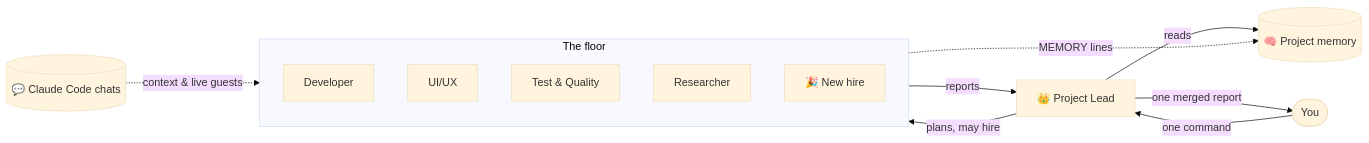
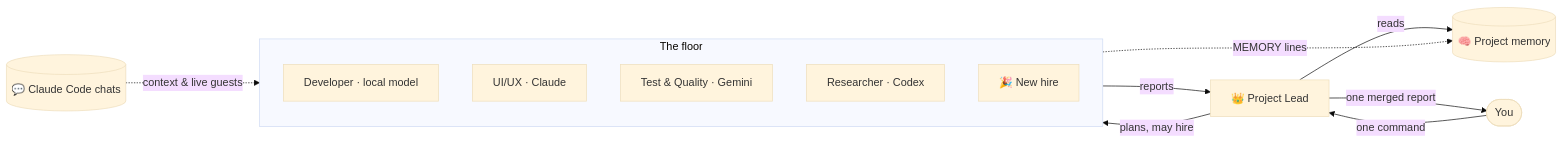
The diagram in README.md (RealMrNovember/Atrium), drawn with Mermaid (base theme) before and after one commit. The commit also changed other lines of this file and 23 other files, not shown here.

````diff
--- a/README.md
+++ b/README.md
@@ -65,17 +107,17 @@
 ```mermaid
 flowchart LR
     You([You]) -- one command --> Lead[👑 Project Lead]
     Lead -- reads --> Mem[(🧠 Project memory)]
     Lead -- plans, may hire --> Team
     subgraph Team [The floor]
-      Dev[Developer]
-      UX[UI/UX]
-      QA[Test & Quality]
-      Res[Researcher]
+      Dev[Developer · local model]
+      UX[UI/UX · Claude]
+      QA[Test & Quality · Gemini]
+      Res[Researcher · Codex]
       New[🎉 New hire]
     end
     Team -- reports --> Lead
     Lead -- one merged report --> You
     Team -. MEMORY lines .-> Mem
     Chats[(💬 Claude Code chats)] -. context & live guests .-> Team
 ```
````
